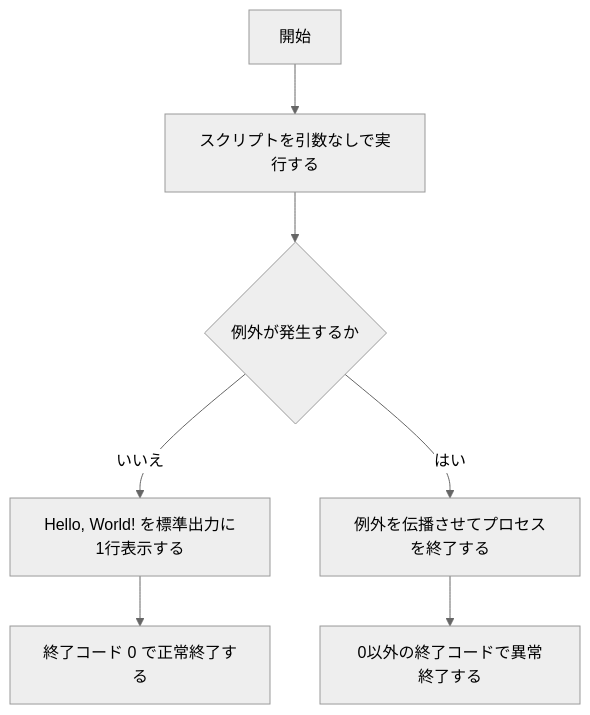
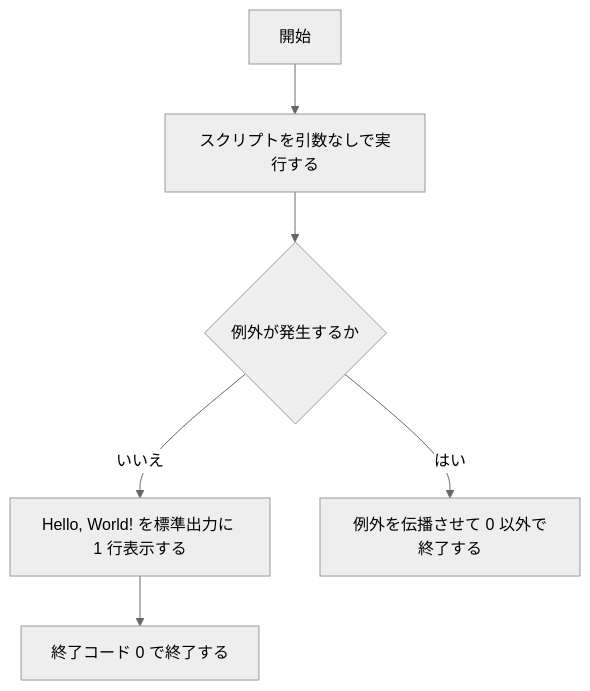
The second of 2 diagrams in evals/isdd-post-implementation-review/fixtures/case3-change-req/docs/requirements.md (notfolder/isdd), drawn with Mermaid (neutral theme) before and after one commit. The commit also changed other lines of this file and 127 other files, not shown here.

````diff
--- a/evals/isdd-post-implementation-review/fixtures/case3-change-req/docs/requirements.md
+++ b/evals/isdd-post-implementation-review/fixtures/case3-change-req/docs/requirements.md
@@ -95,9 +63,8 @@
 ```mermaid
 flowchart TD
     A[開始] --> B[スクリプトを引数なしで実行する]
     B --> C{例外が発生するか}
-    C -->|いいえ| D["Hello, World! を標準出力に1行表示する"]
-    D --> E[終了コード 0 で正常終了する]
-    C -->|はい| F[例外を伝播させてプロセスを終了する]
-    F --> G[0以外の終了コードで異常終了する]
+    C -->|いいえ| D[Hello, World! を標準出力に 1 行表示する]
+    D --> E[終了コード 0 で終了する]
+    C -->|はい| F[例外を伝播させて 0 以外で終了する]
 ```
````
